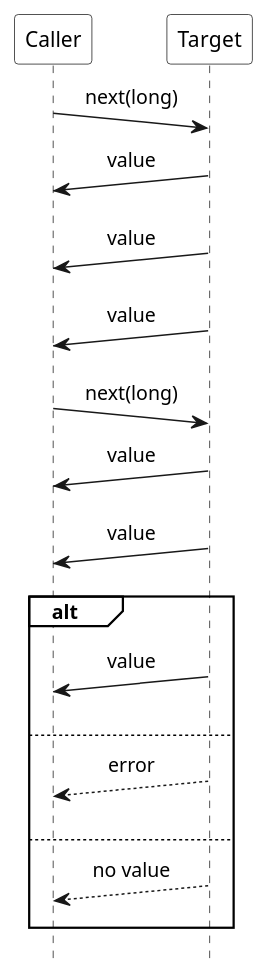
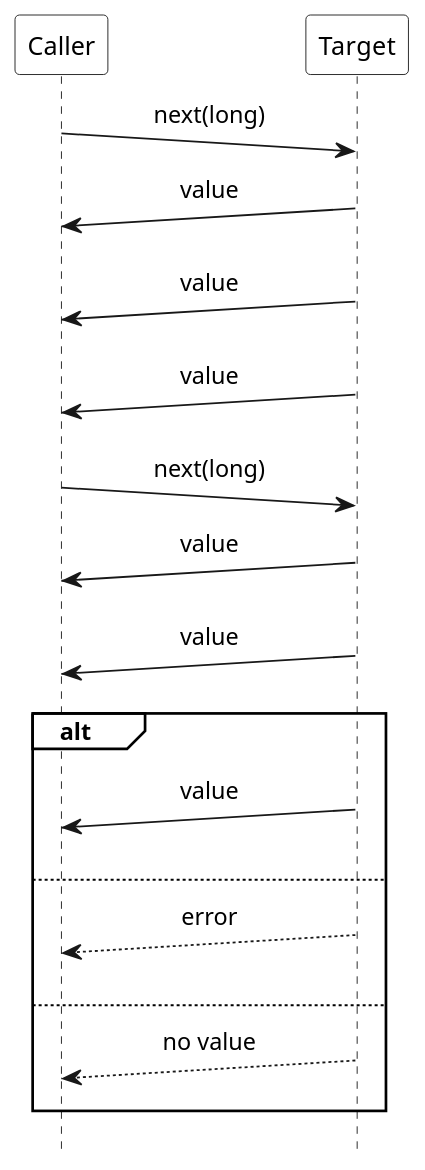
The diagram in images/pattern_Iterator_with_batching.puml (ti-cortex-m4/demo-java-reactive-streams-old), drawn with PlantUML before and after one commit. The commit also changed 4 other files, not shown here.

```diff
--- a/images/pattern_Iterator_with_batching.puml
+++ b/images/pattern_Iterator_with_batching.puml
@@ -1,36 +1,36 @@
 @startuml
 
-scale 1.0
+scale 1.2
 hide footbox
 
 !pragma teoz true
 
 skinparam monochrome true
 skinparam defaultFontName Source Sans Pro
 skinparam sequenceMessageAlign center
 skinparam participantBackgroundColor #white
 skinparam noteBackgroundColor #white
 skinparam sequenceGroupBackgroundColor #white
-skinparam participantPadding 20
+skinparam participantPadding 50
 
 participant Caller
 participant Target
 
 Caller ->(10) Target : next(long)
 Target ->(10) Caller : value
 Target ->(10) Caller : value
 Target ->(10) Caller : value
 
 Caller ->(10) Target : next(long)
 Target ->(10) Caller : value
 Target ->(10) Caller : value
 
 alt
 Target ->(10) Caller : value
 else
 Target -->(10) Caller : error
 else
 Target -->(10) Caller : no value
 end
 
 @enduml
```
